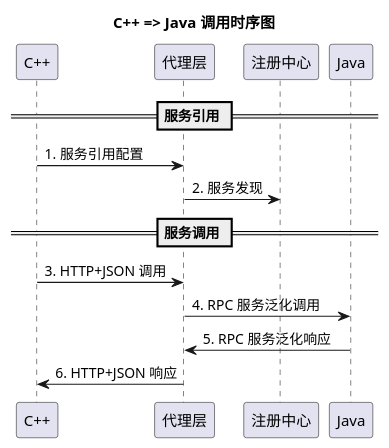
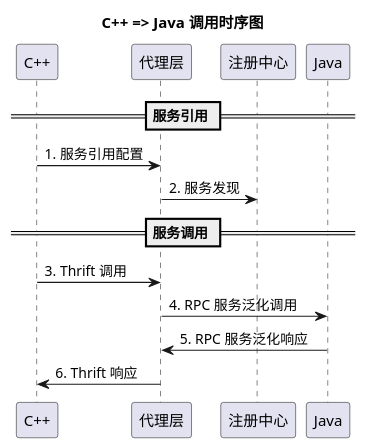
The diagram in demo-rpc-proxy/uml/heterogeneous2java.plantuml (cngddflzw/demo-project), drawn with PlantUML before and after one commit. The commit also changed 5 other files, not shown here.

Commit message:
增加架构图

```diff
--- a/demo-rpc-proxy/uml/heterogeneous2java.plantuml
+++ b/demo-rpc-proxy/uml/heterogeneous2java.plantuml
@@ -1,17 +1,17 @@
 @startuml
 
 title C++ => Java 调用时序图
 
 == 服务引用 ==
 
 "C++" -> 代理层: 1. 服务引用配置
 代理层 -> 注册中心: 2. 服务发现
 
 == 服务调用 ==
 
-"C++" -> 代理层: 3. HTTP+JSON 调用
+"C++" -> 代理层: 3. Thrift 调用
 代理层 -> Java: 4. RPC 服务泛化调用
 Java -> 代理层: 5. RPC 服务泛化响应
-代理层 -> "C++": 6. HTTP+JSON 响应
+代理层 -> "C++": 6. Thrift 响应
 
 @enduml
```
